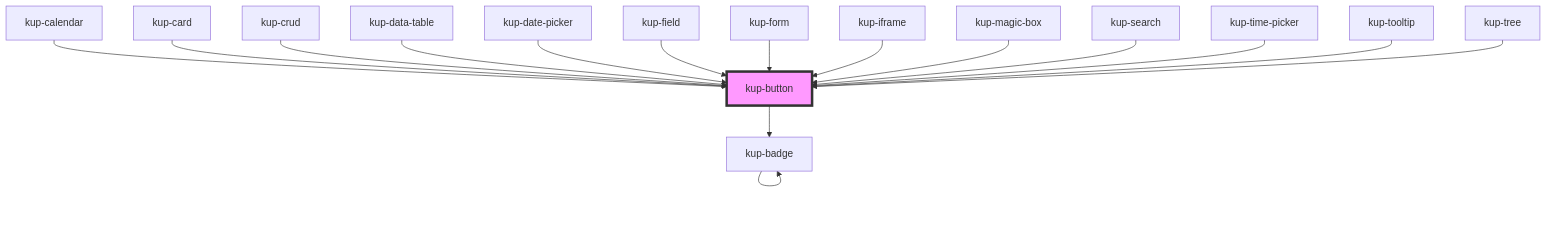
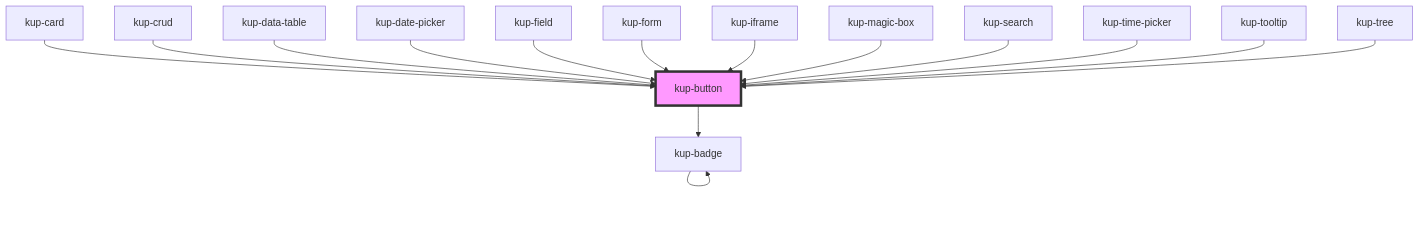
Before and after one commit to smeup/ketchup: the diagram in packages/ketchup/src/components/kup-button/readme.md, drawn with Mermaid. The commit also changed other lines of this file and 9 other files, not shown here.

Commit message:
kup-calendar: added playground to showcase.

````diff
--- a/packages/ketchup/src/components/kup-button/readme.md
+++ b/packages/ketchup/src/components/kup-button/readme.md
@@ -86,19 +85,18 @@
 ```mermaid
 graph TD;
   kup-button --> kup-badge
   kup-badge --> kup-badge
-  kup-calendar --> kup-button
   kup-card --> kup-button
   kup-crud --> kup-button
   kup-data-table --> kup-button
   kup-date-picker --> kup-button
   kup-field --> kup-button
   kup-form --> kup-button
   kup-iframe --> kup-button
   kup-magic-box --> kup-button
   kup-search --> kup-button
   kup-time-picker --> kup-button
   kup-tooltip --> kup-button
   kup-tree --> kup-button
   style kup-button fill:#f9f,stroke:#333,stroke-width:4px
 ```
````
